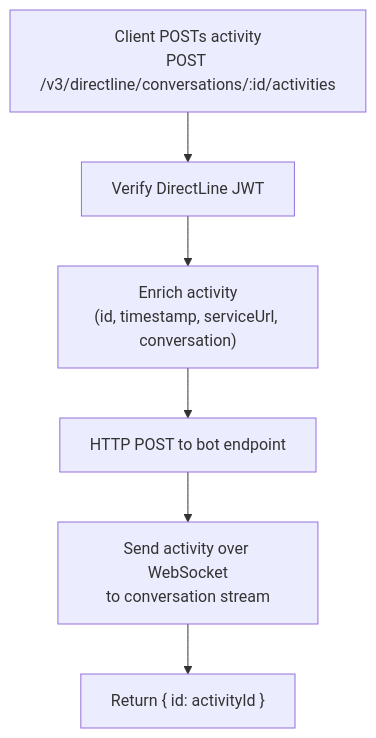
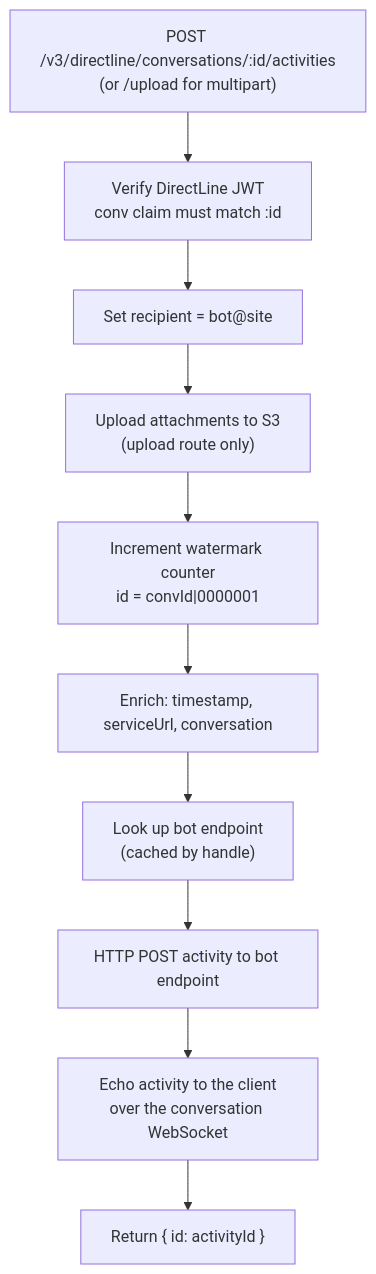
Before and after one commit to Helvia/open-bot-framework: the second of 3 diagrams in docs/architecture.md, drawn with Mermaid. The commit also changed other lines of this file and 7 other files, not shown here.

````diff
--- a/docs/architecture.md
+++ b/docs/architecture.md
@@ -73,8 +86,12 @@
 ```mermaid
 flowchart TD
-    A["Client POSTs activity<br/>POST /v3/directline/conversations/:id/activities"] --> B["Verify DirectLine JWT"]
-    B --> C["Enrich activity<br/>(id, timestamp, serviceUrl, conversation)"]
-    C --> D["HTTP POST to bot endpoint"]
-    D --> E["Send activity over WebSocket<br/>to conversation stream"]
-    E --> F["Return { id: activityId }"]
+    A["POST /v3/directline/conversations/:id/activities<br/>(or /upload for multipart)"] --> B["Verify DirectLine JWT<br/>conv claim must match :id"]
+    B --> C["Set recipient = bot@site"]
+    C --> D["Upload attachments to S3<br/>(upload route only)"]
+    D --> E["Increment watermark counter<br/>id = convId|0000001"]
+    E --> F["Enrich: timestamp, serviceUrl, conversation"]
+    F --> G["Look up bot endpoint<br/>(cached by handle)"]
+    G --> H["HTTP POST activity to bot endpoint"]
+    H --> I["Echo activity to the client<br/>over the conversation WebSocket"]
+    I --> J["Return { id: activityId }"]
 ```
````
